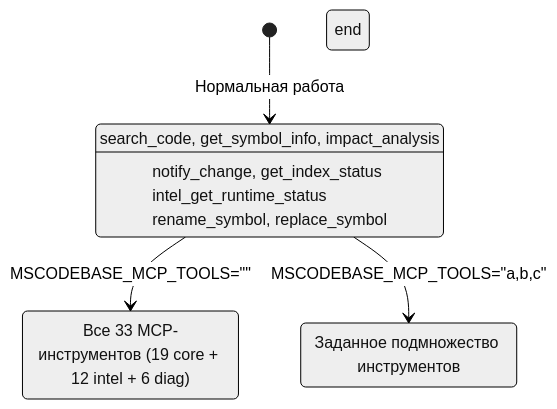
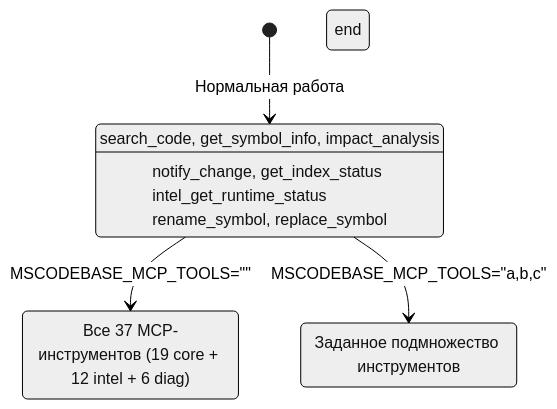
Before and after one commit to ManSio/mscodebase-intelligence: the third of 4 diagrams in docs/ru/GRACEFUL_DEGRADATION.md, drawn with Mermaid (neutral theme). The commit also changed other lines of this file and 50 other files, not shown here.

````diff
--- a/docs/ru/GRACEFUL_DEGRADATION.md
+++ b/docs/ru/GRACEFUL_DEGRADATION.md
@@ -82,22 +84,22 @@
 ```mermaid
 stateDiagram-v2
     [*] --> DEFAULT_TOOLS: Нормальная работа
 
     state DEFAULT_TOOLS[Видимо: 12 инструментов]
         DEFAULT_TOOLS: search_code, get_symbol_info, impact_analysis
         DEFAULT_TOOLS: notify_change, get_index_status
         DEFAULT_TOOLS: intel_get_runtime_status
         DEFAULT_TOOLS: rename_symbol, replace_symbol
     end
 
     DEFAULT_TOOLS --> ALL_TOOLS: MSCODEBASE_MCP_TOOLS=""
     DEFAULT_TOOLS --> CUSTOM_TOOLS: MSCODEBASE_MCP_TOOLS="a,b,c"
 
-    state ALL_TOOLS[Видимо: 33 инструментов]
-        ALL_TOOLS: Все 33 MCP-инструментов (19 core + 12 intel + 6 diag)
+    state ALL_TOOLS[Видимо: 37 инструментов]
+        ALL_TOOLS: Все 37 MCP-инструментов (19 core + 12 intel + 6 diag)
     end
 
     state CUSTOM_TOOLS[Пользовательский выбор]
         CUSTOM_TOOLS: Заданное подмножество инструментов
     end
 ```
````
